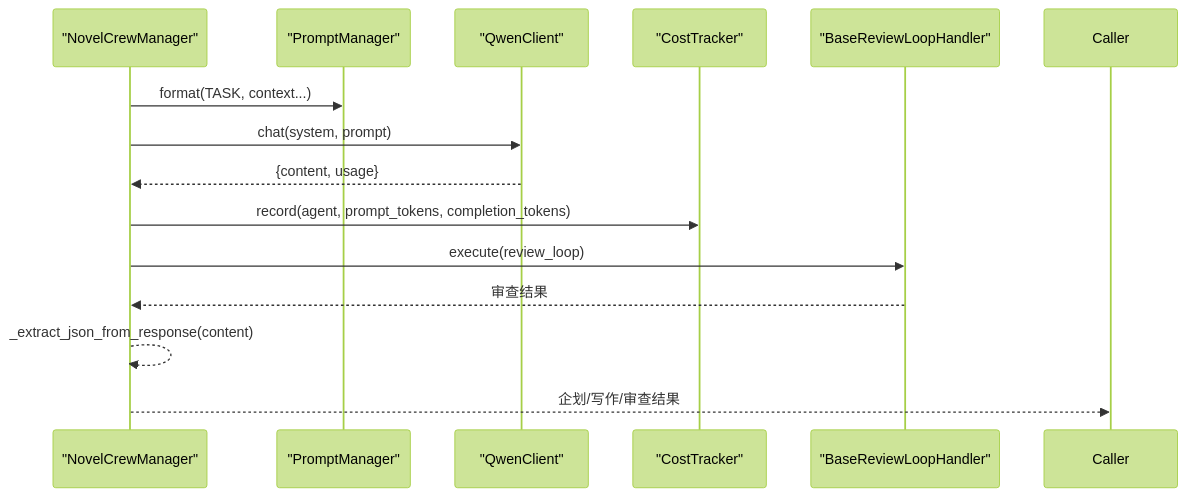
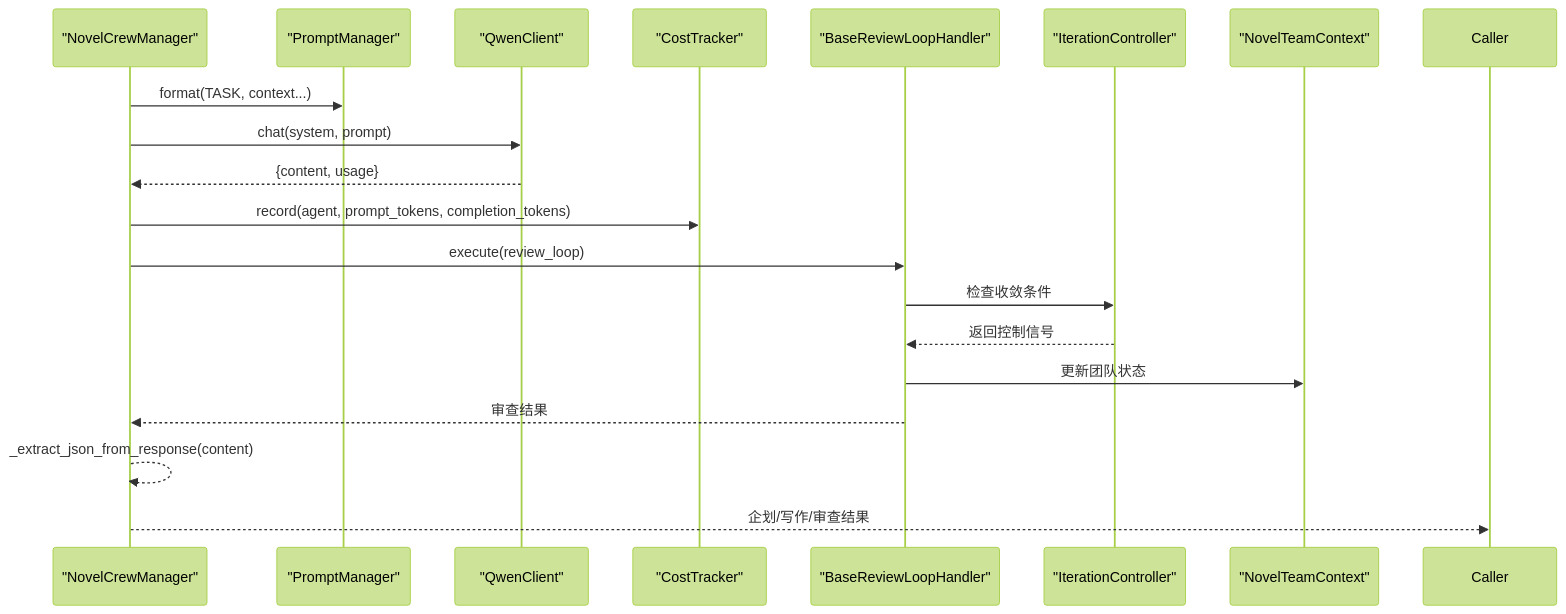
One commit to xfbyxq/ai-novel-system changed the tenth of 12 diagrams in .qoder/repowiki/zh/content/AI智能体系统/AI智能体系统.md. Above: the diagram before and after it, drawn with Mermaid (forest theme). The commit also changed other lines of this file and 84 other files, not shown here.

````diff
--- a/.qoder/repowiki/zh/content/AI智能体系统/AI智能体系统.md
+++ b/.qoder/repowiki/zh/content/AI智能体系统/AI智能体系统.md
@@ -498,16 +718,21 @@
 ```mermaid
 sequenceDiagram
 participant CM as "NovelCrewManager"
 participant PM as "PromptManager"
 participant Qwen as "QwenClient"
 participant CT as "CostTracker"
 participant BR as "BaseReviewLoopHandler"
+participant IC as "IterationController"
+participant TC as "NovelTeamContext"
 CM->>PM : format(TASK, context...)
 CM->>Qwen : chat(system, prompt)
 Qwen-->>CM : {content, usage}
 CM->>CT : record(agent, prompt_tokens, completion_tokens)
 CM->>BR : execute(review_loop)
+BR->>IC : 检查收敛条件
+IC-->>BR : 返回控制信号
+BR->>TC : 更新团队状态
 BR-->>CM : 审查结果
 CM-->>CM : _extract_json_from_response(content)
 CM-->>Caller : 企划/写作/审查结果
 ```
````
